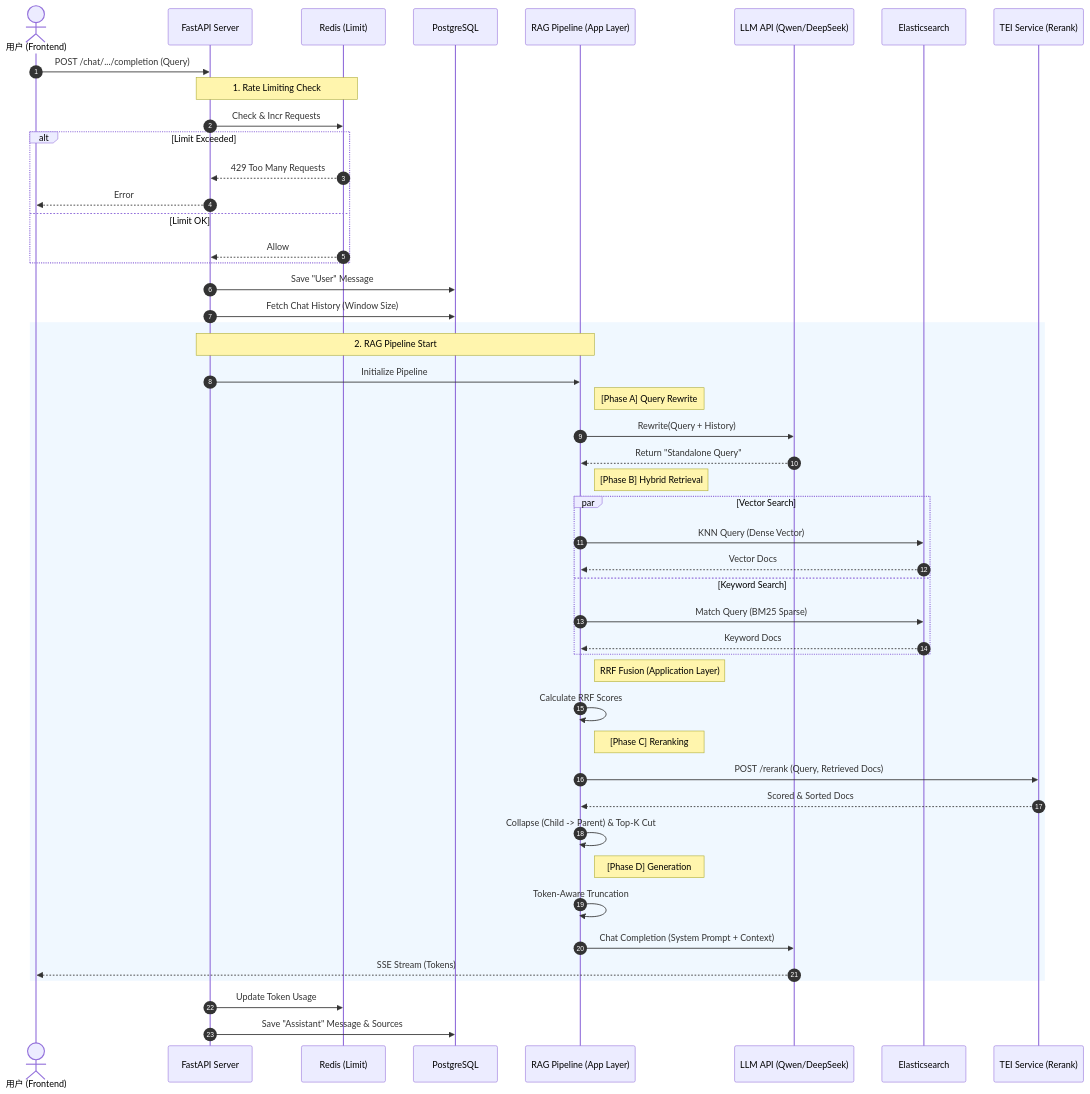
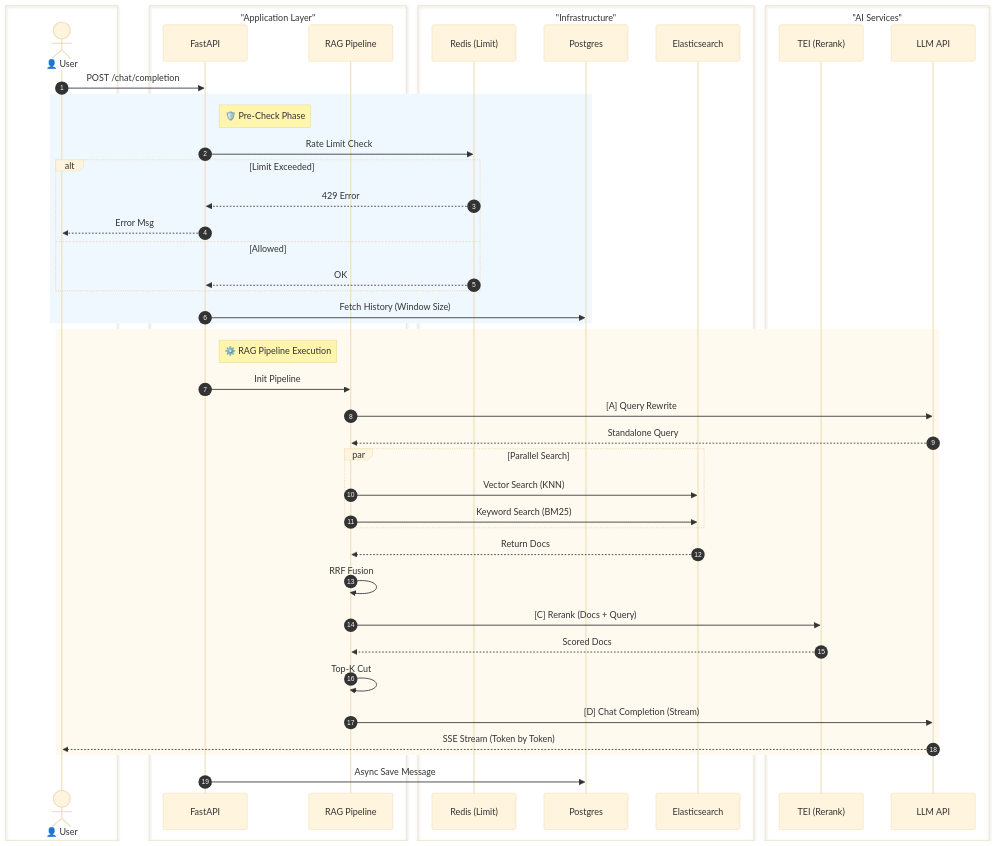
The second of 3 diagrams in README.md (pswd123456/rag-practice), drawn with Mermaid before and after one commit. The commit also changed other lines of this file, not shown here.

````diff
--- a/README.md
+++ b/README.md
@@ -185,67 +183,72 @@
 ```mermaid
 sequenceDiagram
     autonumber
-    actor User as 用户 (Frontend)
-    participant API as FastAPI Server
+    %% 全局配置
+    %%{init: {'theme': 'base', 'themeVariables': { 'fontFamily': 'Inter', 'fontSize': '14px'}}}%%
+    
+    %% 分组定义 (Box)
+    box transparent #UserLayer
+    actor User as 👤 User
+    end
+
+    box "Application Layer" #f9f9f9
+    participant API as FastAPI
+    participant Pipeline as RAG Pipeline
+    end
+
+    box "Infrastructure" #eef
     participant Redis as Redis (Limit)
-    participant DB as PostgreSQL
-    participant Pipeline as RAG Pipeline (App Layer)
-    participant LLM as LLM API (Qwen/DeepSeek)
+    participant DB as Postgres
     participant ES as Elasticsearch
-    participant TEI as TEI Service (Rerank)
+    end
 
-    User->>API: POST /chat/.../completion (Query)
+    box "AI Services" #ffe
+    participant TEI as TEI (Rerank)
+    participant LLM as LLM API
+    end
+
+    User->>API: POST /chat/completion
     
     %% 1. 前置检查
-    Note over API,Redis: 1. Rate Limiting Check
-    API->>Redis: Check & Incr Requests
+    rect rgb(240, 248, 255)
+    note right of API: 🛡️ Pre-Check Phase
+    API->>Redis: Rate Limit Check
     alt Limit Exceeded
-        Redis-->>API: 429 Too Many Requests
-        API-->>User: Error
-    else Limit OK
-        Redis-->>API: Allow
+        Redis-->>API: 429 Error
+        API-->>User: Error Msg
+    else Allowed
+        Redis-->>API: OK
+    end
+    API->>DB: Fetch History (Window Size)
     end
 
-    %% 2. 准备上下文
-    API->>DB: Save "User" Message
-    API->>DB: Fetch Chat History (Window Size)
+    %% 2. 核心 Pipeline
+    rect rgb(255, 250, 240)
+    note right of API: ⚙️ RAG Pipeline Execution
+    API->>Pipeline: Init Pipeline
     
-    %% 3. 进入 Pipeline
-    rect rgb(240, 248, 255)
-        Note over API,Pipeline: 2. RAG Pipeline Start
-        API->>Pipeline: Initialize Pipeline
-        
-        %% Query Rewrite
-        Note right of Pipeline: [Phase A] Query Rewrite
-        Pipeline->>LLM: Rewrite(Query + History)
-        LLM-->>Pipeline: Return "Standalone Query"
+    %% A. Rewrite
+    Pipeline->>LLM: [A] Query Rewrite
+    LLM-->>Pipeline: Standalone Query
 
-        %% Hybrid Search
-        Note right of Pipeline: [Phase B] Hybrid Retrieval
-        par Vector Search
-            Pipeline->>ES: KNN Query (Dense Vector)
-            ES-->>Pipeline: Vector Docs
-        and Keyword Search
-            Pipeline->>ES: Match Query (BM25 Sparse)
-            ES-->>Pipeline: Keyword Docs
-        end
-        Note right of Pipeline: RRF Fusion (Application Layer)
-        Pipeline->>Pipeline: Calculate RRF Scores
+    %% B. Search
+    par Parallel Search
+        Pipeline->>ES: Vector Search (KNN)
+        Pipeline->>ES: Keyword Search (BM25)
+    end
+    ES-->>Pipeline: Return Docs
+    Pipeline->>Pipeline: RRF Fusion
 
-        %% Rerank
-        Note right of Pipeline: [Phase C] Reranking
-        Pipeline->>TEI: POST /rerank (Query, Retrieved Docs)
-        TEI-->>Pipeline: Scored & Sorted Docs
-        Pipeline->>Pipeline: Collapse (Child -> Parent) & Top-K Cut
+    %% C. Rerank
+    Pipeline->>TEI: [C] Rerank (Docs + Query)
+    TEI-->>Pipeline: Scored Docs
+    Pipeline->>Pipeline: Top-K Cut
 
-        %% Generation
-        Note right of Pipeline: [Phase D] Generation
-        Pipeline->>Pipeline: Token-Aware Truncation
-        Pipeline->>LLM: Chat Completion (System Prompt + Context)
-        LLM-->>User: SSE Stream (Tokens)
+    %% D. Generation
+    Pipeline->>LLM: [D] Chat Completion (Stream)
+    LLM-->>User: SSE Stream (Token by Token)
     end
 
-    %% 4. 收尾
-    API->>Redis: Update Token Usage
-    API->>DB: Save "Assistant" Message & Sources
+    %% 3. 收尾
+    API->>DB: Async Save Message
 ```
````
